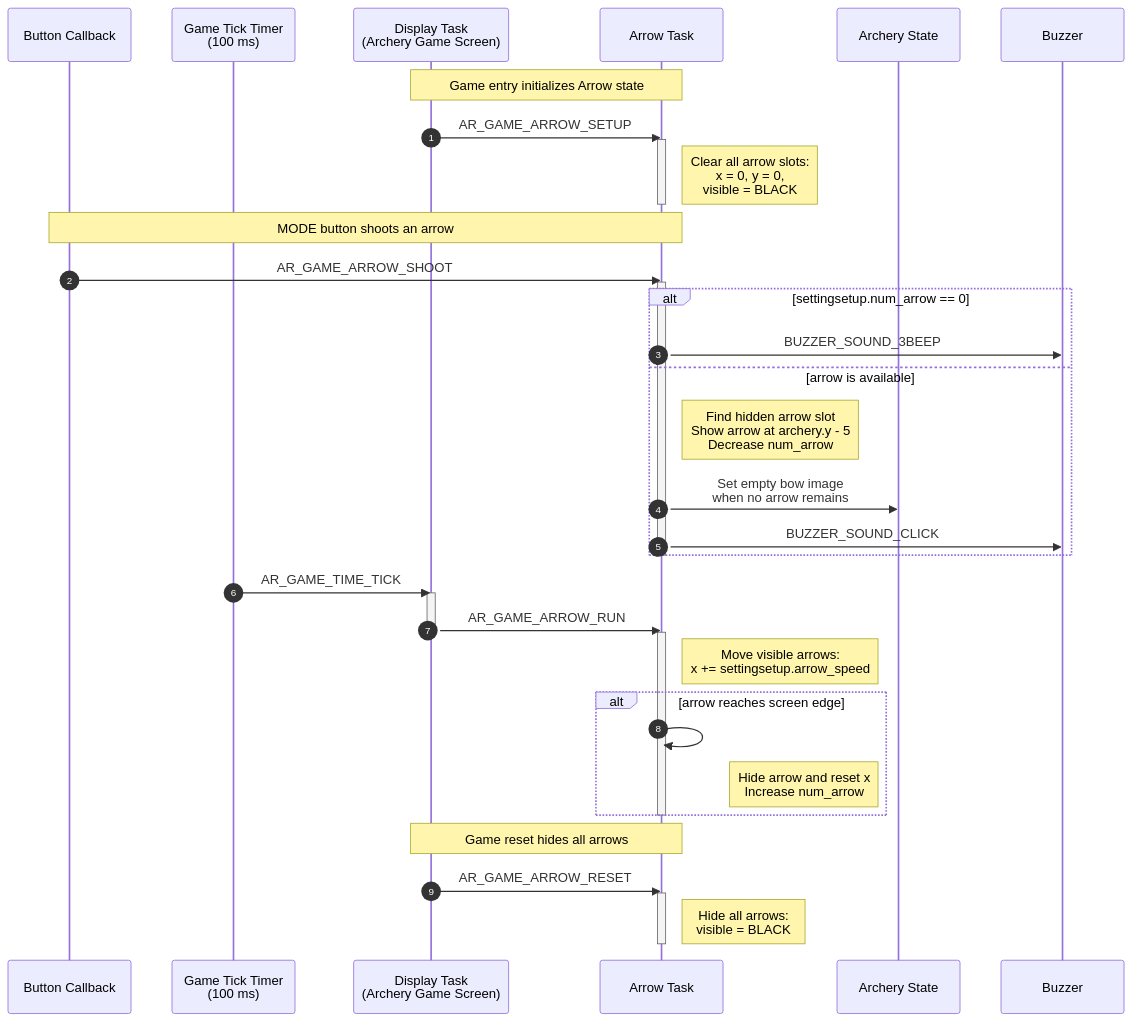
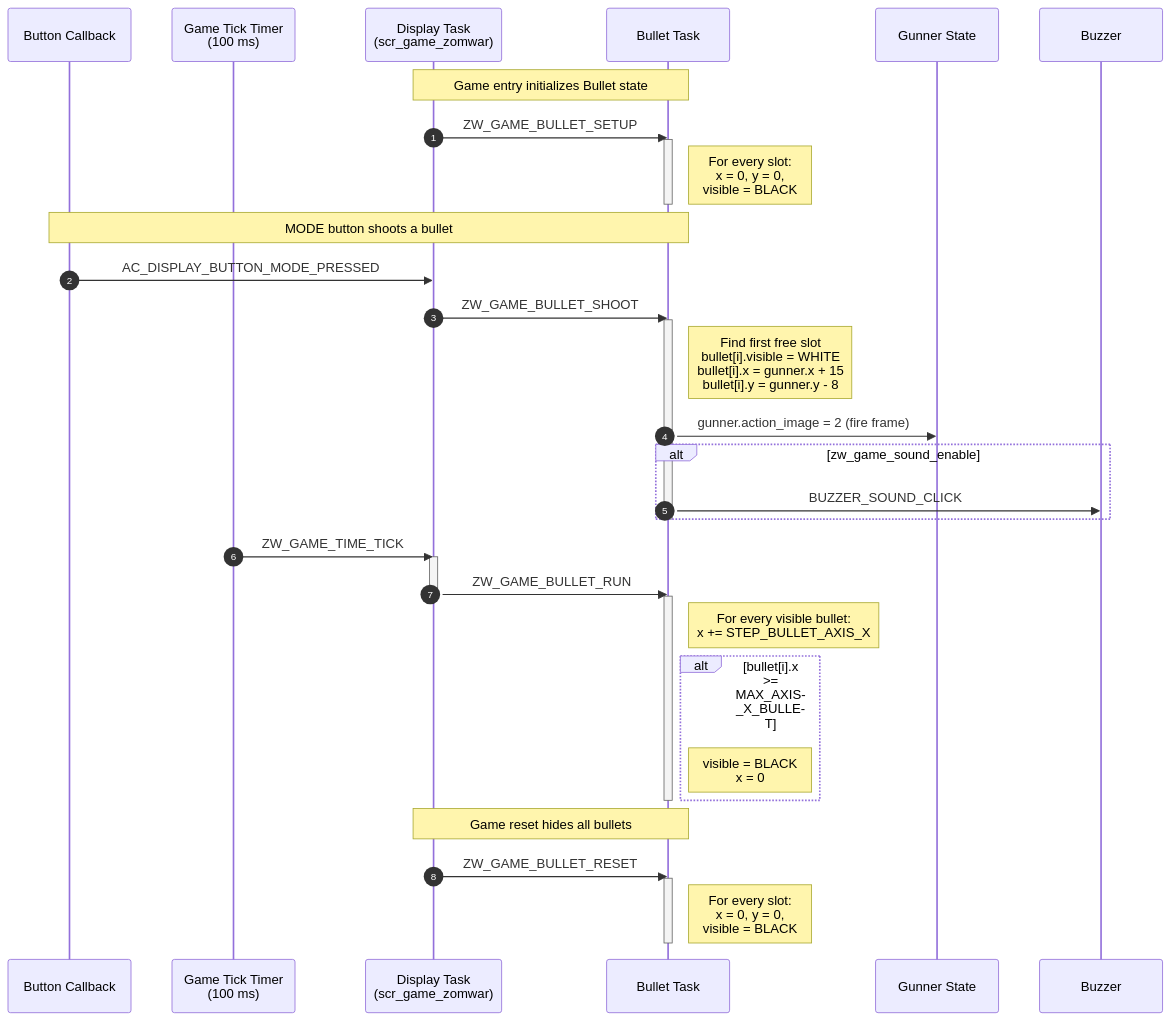
The second of 7 diagrams in docs/zw_game_object_sequence.md (caotrongphuoc/mini-clock), drawn with Mermaid before and after one commit. The commit also changed other lines of this file, not shown here.

Commit message:
[UPDATE] zw_game_object_sequence

````diff
--- a/docs/zw_game_object_sequence.md
+++ b/docs/zw_game_object_sequence.md
@@ -78,50 +83,48 @@
 ```mermaid
 sequenceDiagram
     autonumber
     participant Button as Button Callback
     participant Timer as Game Tick Timer<br/>(100 ms)
-    participant Screen as Display Task<br/>(Archery Game Screen)
-    participant Arrow as Arrow Task
-    participant Archery as Archery State
+    participant Screen as Display Task<br/>(scr_game_zomwar)
+    participant Bullet as Bullet Task
+    participant Gunner as Gunner State
     participant Buzzer as Buzzer
 
-    Note over Screen,Arrow: Game entry initializes Arrow state
+    Note over Screen,Bullet: Game entry initializes Bullet state
 
-    Screen->>Arrow: AR_GAME_ARROW_SETUP
-    activate Arrow
-    Note right of Arrow: Clear all arrow slots:<br/>x = 0, y = 0,<br/>visible = BLACK
-    deactivate Arrow
+    Screen->>Bullet: ZW_GAME_BULLET_SETUP
+    activate Bullet
+    Note right of Bullet: For every slot:<br/>x = 0, y = 0,<br/>visible = BLACK
+    deactivate Bullet
 
-    Note over Button,Arrow: MODE button shoots an arrow
+    Note over Button,Bullet: MODE button shoots a bullet
 
-    Button->>Arrow: AR_GAME_ARROW_SHOOT
-    activate Arrow
-    alt settingsetup.num_arrow == 0
-        Arrow->>Buzzer: BUZZER_SOUND_3BEEP
-    else arrow is available
-        Note right of Arrow: Find hidden arrow slot<br/>Show arrow at archery.y - 5<br/>Decrease num_arrow
-        Arrow->>Archery: Set empty bow image<br/>when no arrow remains
-        Arrow->>Buzzer: BUZZER_SOUND_CLICK
+    Button->>Screen: AC_DISPLAY_BUTTON_MODE_PRESSED
+    Screen->>Bullet: ZW_GAME_BULLET_SHOOT
+    activate Bullet
+    Note right of Bullet: Find first free slot<br/>bullet[i].visible = WHITE<br/>bullet[i].x = gunner.x + 15<br/>bullet[i].y = gunner.y - 8
+    Bullet->>Gunner: gunner.action_image = 2 (fire frame)
+    alt zw_game_sound_enable
+        Bullet->>Buzzer: BUZZER_SOUND_CLICK
     end
-    deactivate Arrow
+    deactivate Bullet
 
-    Timer->>Screen: AR_GAME_TIME_TICK
+    Timer->>Screen: ZW_GAME_TIME_TICK
     activate Screen
-    Screen->>Arrow: AR_GAME_ARROW_RUN
+    Screen->>Bullet: ZW_GAME_BULLET_RUN
     deactivate Screen
-    activate Arrow
-    Note right of Arrow: Move visible arrows:<br/>x += settingsetup.arrow_speed
+    activate Bullet
+    Note right of Bullet: For every visible bullet:<br/>x += STEP_BULLET_AXIS_X
 
-    alt arrow reaches screen edge
-        Arrow->>Arrow: 
-        Note left of Archery: Hide arrow and reset x <br/>Increase num_arrow
+    alt bullet[i].x >= MAX_AXIS_X_BULLET
+        Note right of Bullet: visible = BLACK<br/>x = 0
     end
-    deactivate Arrow
+    deactivate Bullet
 
-    Note over Screen,Arrow: Game reset hides all arrows
+    Note over Screen,Bullet: Game reset hides all bullets
 
-    Screen->>Arrow: AR_GAME_ARROW_RESET
-    activate Arrow
-    Note right of Arrow: Hide all arrows:<br/>visible = BLACK
-    deactivate Arrow
+    Screen->>Bullet: ZW_GAME_BULLET_RESET
+    activate Bullet
+    Note right of Bullet: For every slot:<br/>x = 0, y = 0,<br/>visible = BLACK
+    deactivate Bullet
 ```
````
